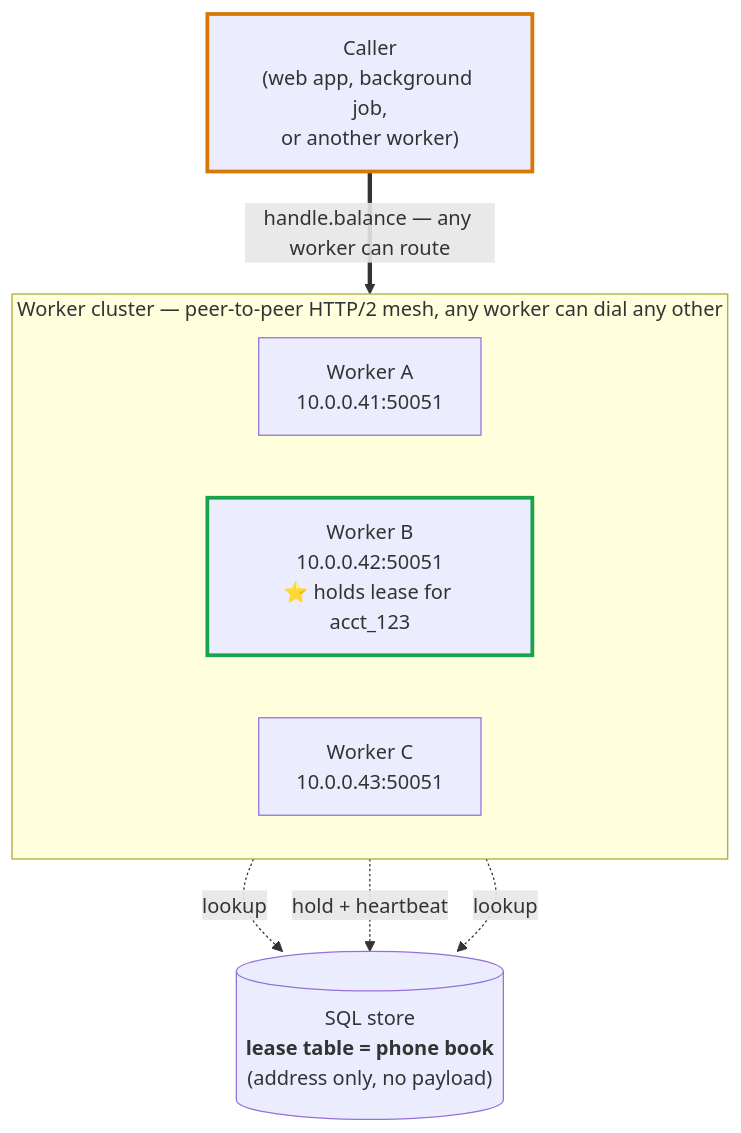
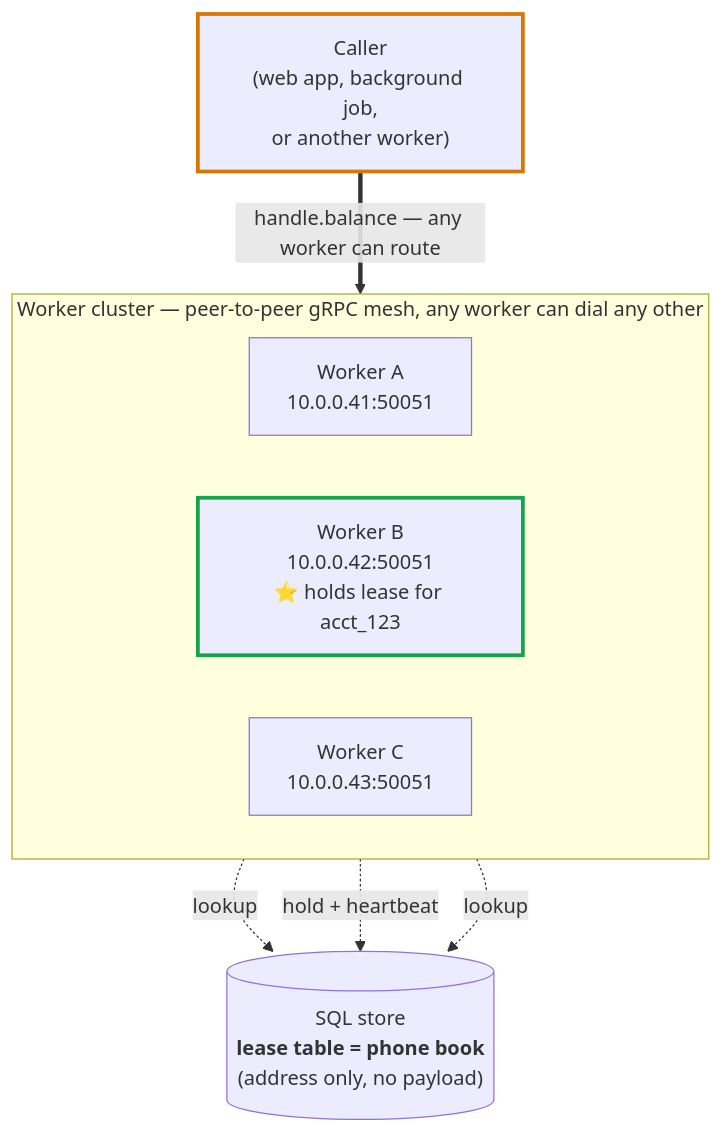
Before and after one commit to harrymees/durababble: the first of 3 diagrams in docs/content/cluster-rpc.md, drawn with Mermaid. The commit also changed other lines of this file and 10 other files, not shown here.

````diff
--- a/docs/content/cluster-rpc.md
+++ b/docs/content/cluster-rpc.md
@@ -20,24 +20,24 @@
 ```mermaid
 flowchart TB
     Caller["Caller<br/>(web app, background job,<br/>or another worker)"]
 
-    subgraph cluster["Worker cluster — peer-to-peer HTTP/2 mesh, any worker can dial any other"]
+    subgraph cluster["Worker cluster — peer-to-peer gRPC mesh, any worker can dial any other"]
         direction LR
         WA["Worker A<br/>10.0.0.41:50051"]
         WB["Worker B<br/>10.0.0.42:50051<br/>⭐ holds lease for acct_123"]
         WC["Worker C<br/>10.0.0.43:50051"]
     end
 
     DB[("SQL store<br/><b>lease table = phone book</b><br/>(address only, no payload)")]
 
     Caller ==>|"handle.balance — any worker can route"| WB
 
     WA -.->|"lookup"| DB
     WB -.->|"hold + heartbeat"| DB
     WC -.->|"lookup"| DB
 
     classDef caller stroke:#d97706,stroke-width:3px
     classDef owner stroke:#16a34a,stroke-width:3px
     class Caller caller
     class WB owner
 ```
````
